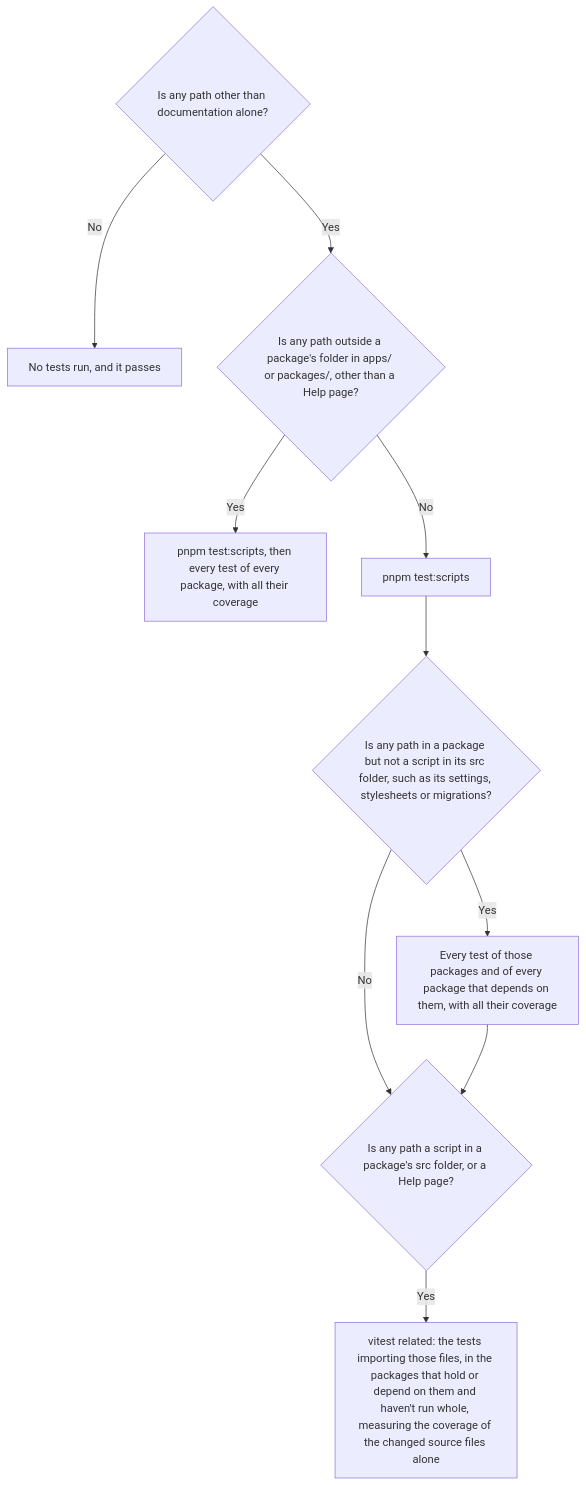
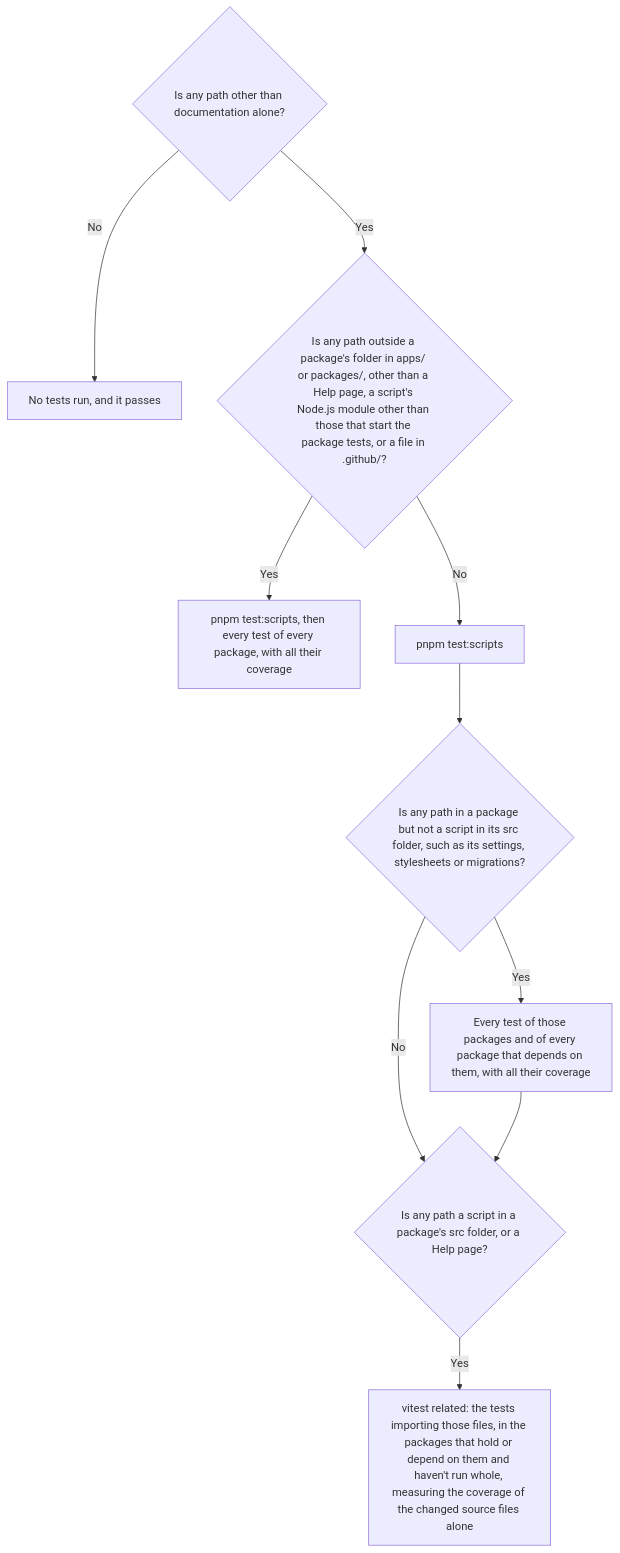
The first of 11 diagrams in docs/design/checks-and-ci.md (ribbitworks/fathom), drawn with Mermaid before and after one commit. The commit also changed other lines of this file and 2 other files, not shown here.

First line of the commit message:
chore: run only the script tests for scripts' own code

````diff
--- a/docs/design/checks-and-ci.md
+++ b/docs/design/checks-and-ci.md
@@ -20,13 +20,13 @@
 ```mermaid
 flowchart TD
     AnyCode{"Is any path other than documentation alone?"}
     AnyCode -- No --> NoTests["No tests run, and it passes"]
-    AnyCode -- Yes --> Outside{"Is any path outside a package's folder in apps/ or packages/, other than a Help page?"}
+    AnyCode -- Yes --> Outside{"Is any path outside a package's folder in apps/ or packages/, other than a Help page, a script's Node.js module other than those that start the package tests, or a file in .github/?"}
     Outside -- Yes --> Everything["pnpm test:scripts, then every test of every package, with all their coverage"]
     Outside -- No --> Scripts["pnpm test:scripts"]
     Scripts --> Whole{"Is any path in a package but not a script in its src folder, such as its settings, stylesheets or migrations?"}
     Whole -- Yes --> WholePackages["Every test of those packages and of every package that depends on them, with all their coverage"]
     Whole -- No --> Imported
     WholePackages --> Imported{"Is any path a script in a package's src folder, or a Help page?"}
     Imported -- Yes --> Related["vitest related: the tests importing those files, in the packages that hold or depend on them and haven't run whole, measuring the coverage of the changed source files alone"]
 ```
````
